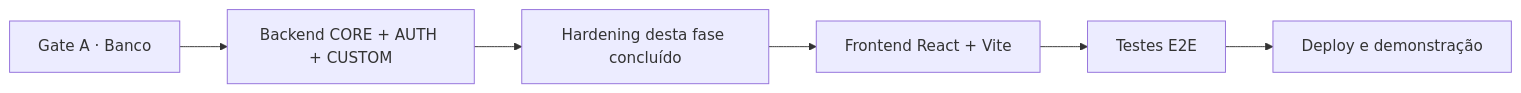
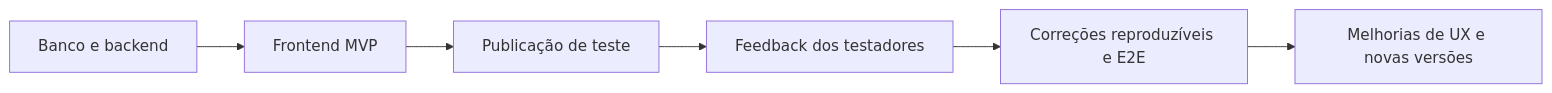
The third of 3 diagrams in README.md (GabrielJalmeida/baby-belo), drawn with Mermaid before and after one commit. The commit also changed other lines of this file, not shown here.

````diff
--- a/README.md
+++ b/README.md
@@ -270,8 +307,8 @@
 ```mermaid
 flowchart LR
-    A[Gate A · Banco] --> B[Backend CORE + AUTH + CUSTOM]
-    B --> C[Hardening desta fase concluído]
-    C --> D[Frontend React + Vite]
-    D --> E[Testes E2E]
-    E --> F[Deploy e demonstração]
+    A[Banco e backend] --> B[Frontend MVP]
+    B --> C[Publicação de teste]
+    C --> D[Feedback dos testadores]
+    D --> E[Correções reproduzíveis e E2E]
+    E --> F[Melhorias de UX e novas versões]
 ```
````
